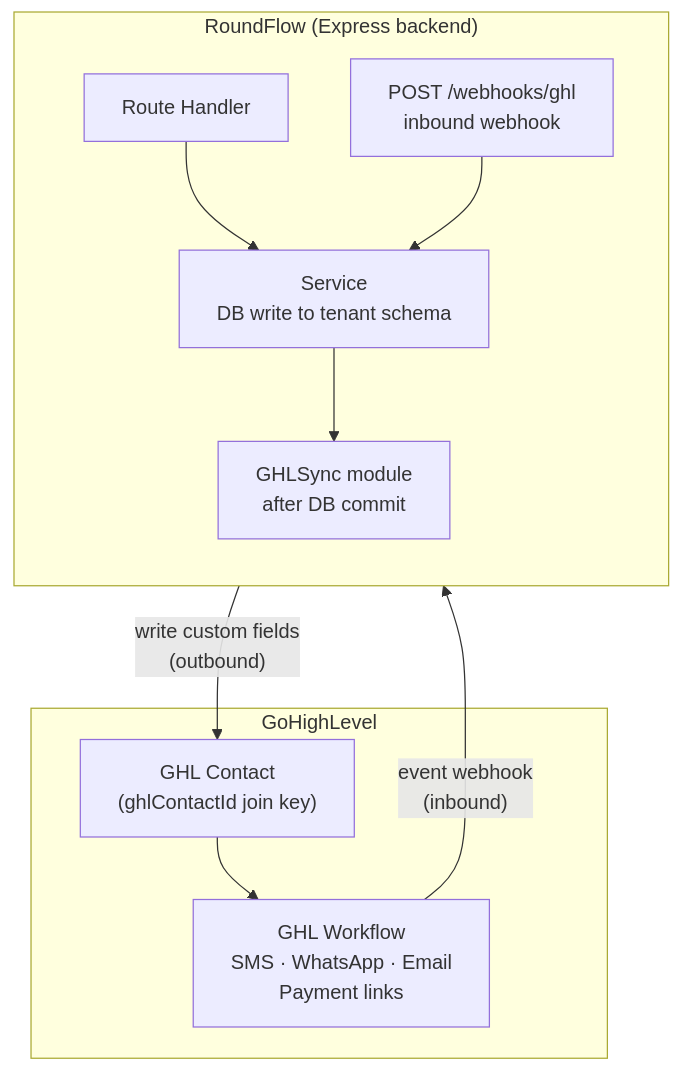
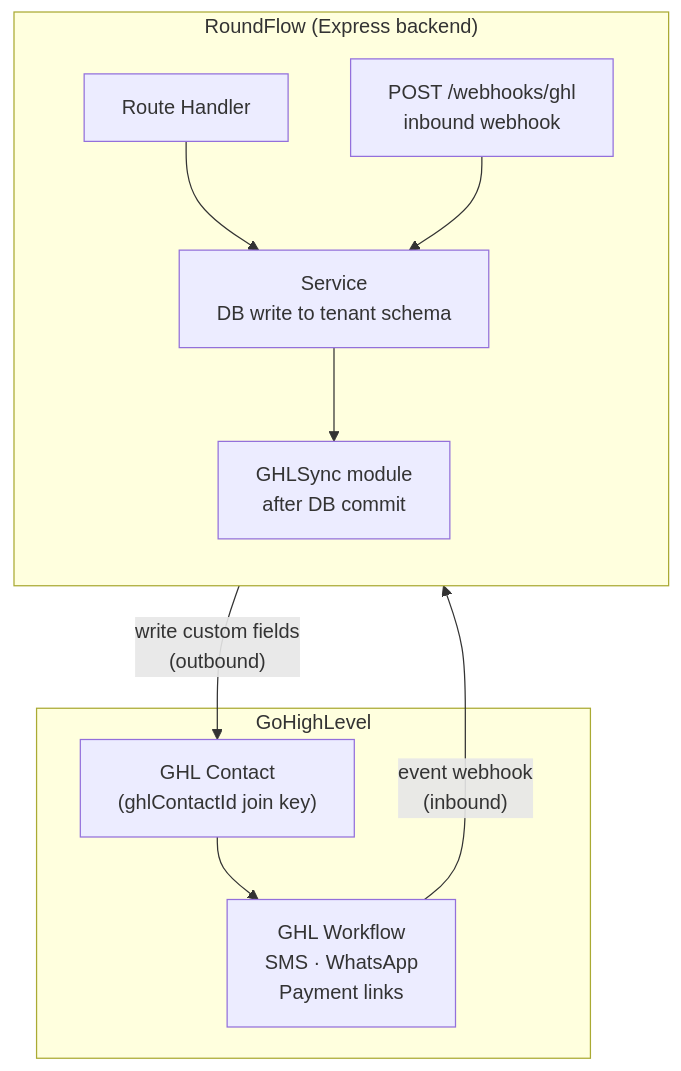
The seventh of 8 diagrams in docs/ARCHITECTURE.md (agenticgeek/roundflow-backend), drawn with Mermaid before and after one commit. The commit also changed other lines of this file and 14 other files, not shown here.

````diff
--- a/docs/ARCHITECTURE.md
+++ b/docs/ARCHITECTURE.md
@@ -375,21 +375,21 @@
 ```mermaid
 flowchart TB
     subgraph RF["RoundFlow (Express backend)"]
         direction TB
         RH[Route Handler]
         SVC[Service\nDB write to tenant schema]
         GHLMOD[GHLSync module\nafter DB commit]
         WH["POST /webhooks/ghl\ninbound webhook"]
         RH --> SVC --> GHLMOD
         WH --> SVC
     end
 
     subgraph GHL["GoHighLevel"]
         CONTACT["GHL Contact\n(ghlContactId join key)"]
-        WF["GHL Workflow\nSMS · WhatsApp · Email\nPayment links"]
+        WF["GHL Workflow\nSMS · WhatsApp\nPayment links"]
         CONTACT --> WF
     end
 
     GHLMOD -->|"write custom fields\n(outbound)"| CONTACT
     WF -->|"event webhook\n(inbound)"| WH
 ```
````
